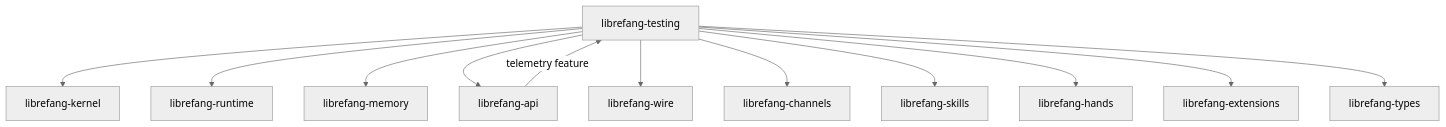
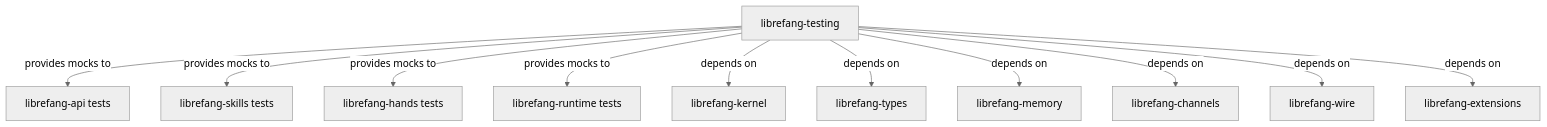
One commit to leszek3737/librefang-WIki changed the diagram in other-librefang-testing.md. Above: the diagram before and after it, drawn with Mermaid (neutral theme). The commit also changed other lines of this file and 93 other files, not shown here.

````diff
--- a/other-librefang-testing.md
+++ b/other-librefang-testing.md
@@ -13,14 +19,14 @@
 ```mermaid
 graph TD
-    T[librefang-testing] --> K[librefang-kernel]
-    T --> RT[librefang-runtime]
-    T --> M[librefang-memory]
-    T --> A[librefang-api]
-    T --> W[librefang-wire]
-    T --> C[librefang-channels]
-    T --> S[librefang-skills]
-    T --> H[librefang-hands]
-    T --> E[librefang-extensions]
-    T --> TY[librefang-types]
-    A --> |"telemetry feature"| T
+    T[librefang-testing]
+    T -->|provides mocks to| API[librefang-api tests]
+    T -->|provides mocks to| SK[librefang-skills tests]
+    T -->|provides mocks to| HD[librefang-hands tests]
+    T -->|provides mocks to| RT[librefang-runtime tests]
+    T -->|depends on| KT[librefang-kernel]
+    T -->|depends on| TY[librefang-types]
+    T -->|depends on| MEM[librefang-memory]
+    T -->|depends on| CH[librefang-channels]
+    T -->|depends on| WR[librefang-wire]
+    T -->|depends on| EX[librefang-extensions]
 ```
````
